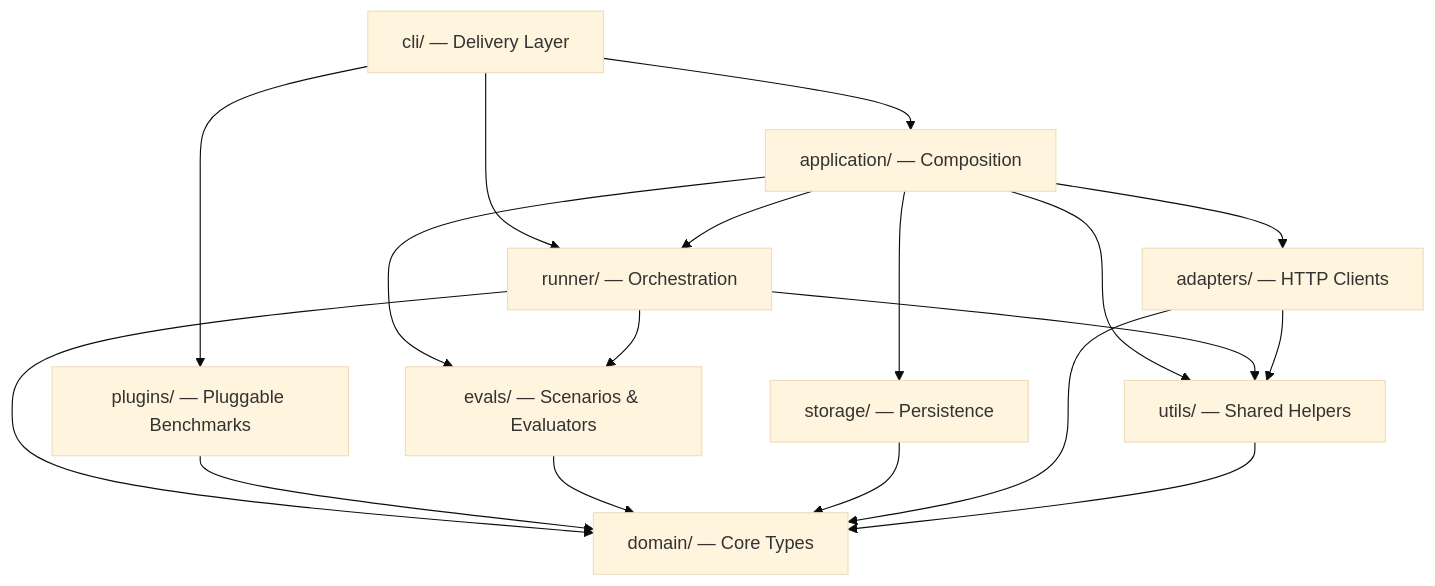
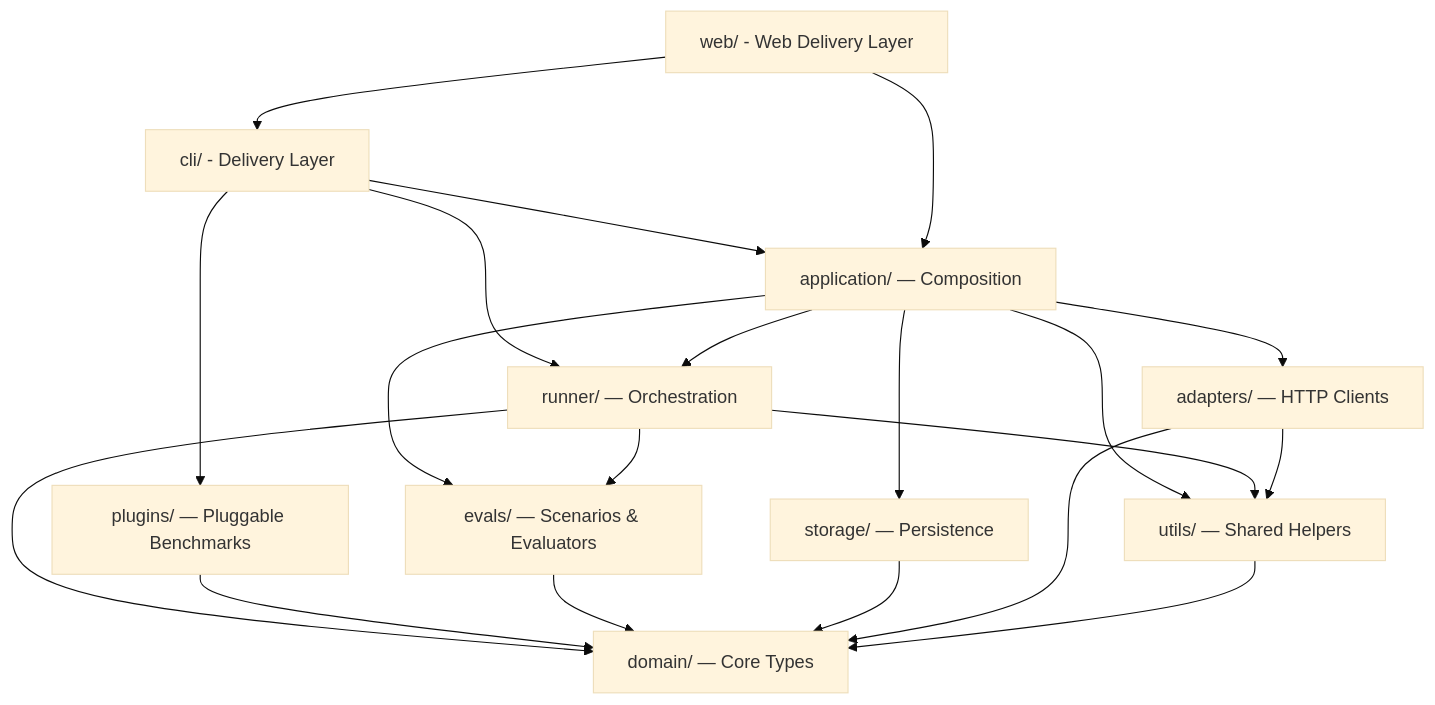
One commit to SeraphimSerapis/tool-eval-bench changed the diagram in docs/architecture.md. Above: the diagram before and after it, drawn with Mermaid (base theme). The commit also changed other lines of this file and 135 other files, not shown here.

````diff
--- a/docs/architecture.md
+++ b/docs/architecture.md
@@ -11,30 +11,33 @@
 ```mermaid
 graph TD
-    CLI["cli/ — Delivery Layer"]
+    CLI["cli/ - Delivery Layer"]
+    Web["web/ - Web Delivery Layer"]
     Application["application/ — Composition"]
     Runner["runner/ — Orchestration"]
     Evals["evals/ — Scenarios & Evaluators"]
     Plugins["plugins/ — Pluggable Benchmarks"]
     Domain["domain/ — Core Types"]
     Storage["storage/ — Persistence"]
     Adapters["adapters/ — HTTP Clients"]
     Utils["utils/ — Shared Helpers"]
 
     CLI --> Application
     CLI --> Runner
     CLI --> Plugins
+    Web --> Application
+    Web --> CLI
     Application --> Runner
     Application --> Storage
     Application --> Adapters
     Application --> Evals
     Application --> Utils
     Runner --> Evals
     Runner --> Domain
     Runner --> Utils
     Plugins --> Domain
     Evals --> Domain
     Storage --> Domain
     Adapters --> Domain
     Adapters --> Utils
     Utils --> Domain
 ```
````
